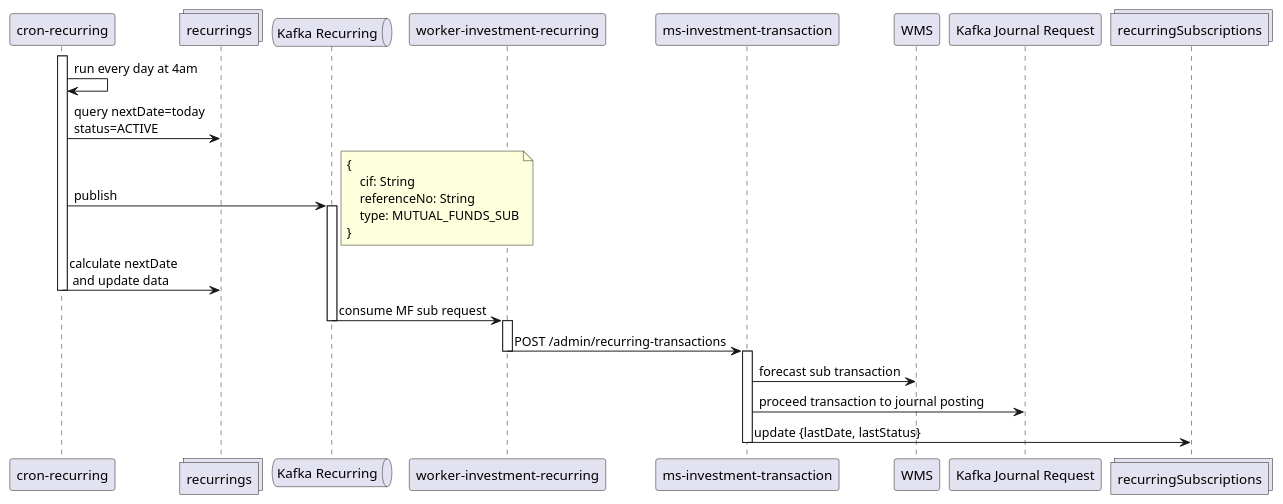
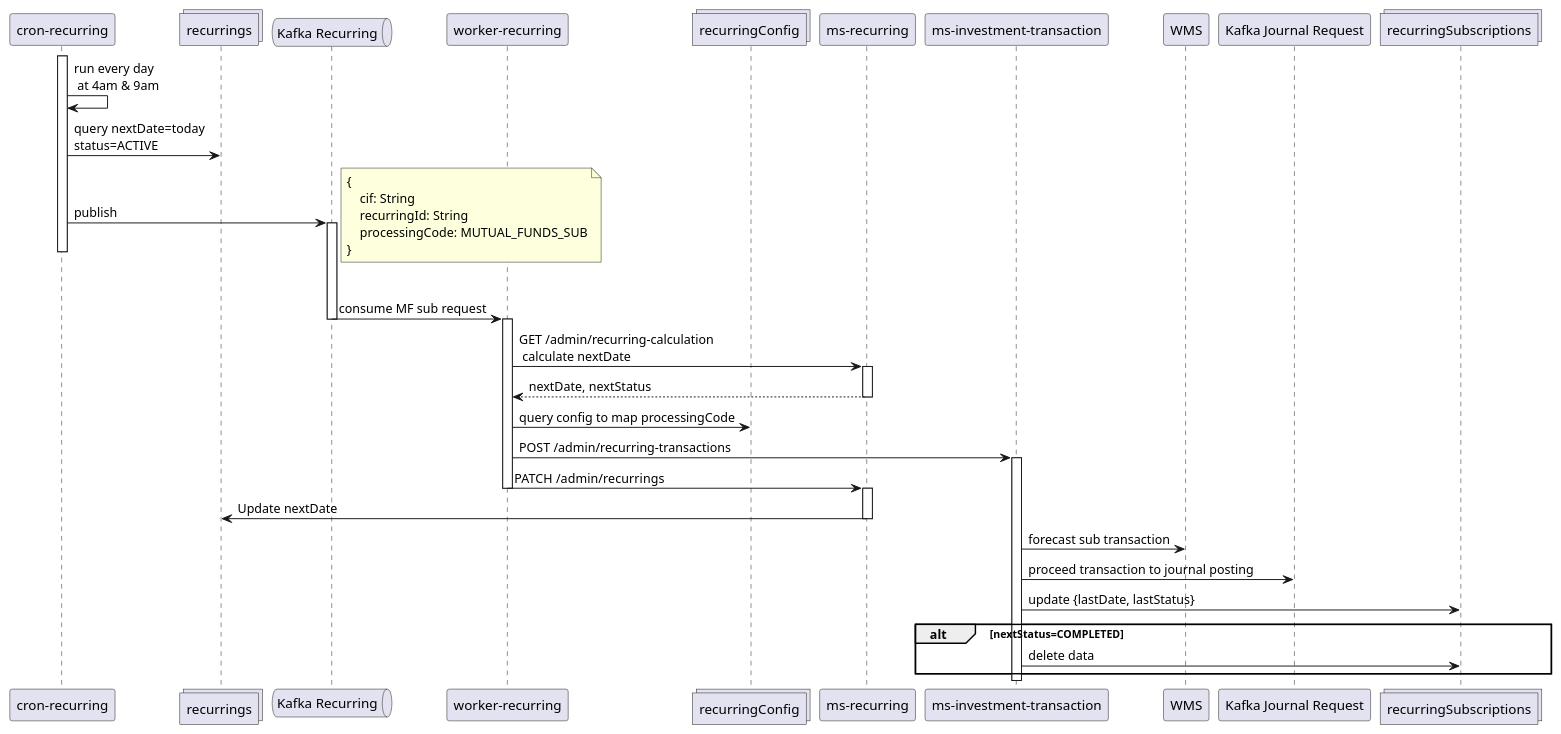
Before and after one commit to iksena/jenius-uml: the diagram in cronRecurring.puml, drawn with PlantUML. The commit also changed 1 other file, not shown here.

```diff
--- a/cronRecurring.puml
+++ b/cronRecurring.puml
@@ -1,37 +1,50 @@
 @startuml mutual funds cron recurring
 
 participant "cron-recurring" as cron
 collections "recurrings" as recs
 queue "Kafka Recurring" as kafkaRec
-participant "worker-investment-recurring" as wiRec
+participant "worker-recurring" as wiRec
+collections "recurringConfig" as configs
+participant "ms-recurring" as mr
 participant "ms-investment-transaction" as mit
 participant "WMS" as wms
 participant "Kafka Journal Request" as kafkaJournal
 collections "recurringSubscriptions" as recSubs
 
 activate cron
-cron -> cron: run every day at 4am
+cron -> cron: run every day\n at 4am & 9am
 cron -> recs: query nextDate=today\nstatus=ACTIVE
 cron -> kafkaRec: publish
 note right
 { 
     cif: String
-    referenceNo: String
-    type: MUTUAL_FUNDS_SUB
+    recurringId: String
+    processingCode: MUTUAL_FUNDS_SUB
 }
 end note
 activate kafkaRec
-cron -> recs: calculate nextDate\n and update data
 deactivate cron
 kafkaRec -> wiRec: consume MF sub request
 deactivate kafkaRec
 activate wiRec
+wiRec -> mr: GET /admin/recurring-calculation\n calculate nextDate
+activate mr
+mr --> wiRec: nextDate, nextStatus
+deactivate mr
+wiRec -> configs: query config to map processingCode
 wiRec -> mit: POST /admin/recurring-transactions
+activate mit
+wiRec -> mr: PATCH /admin/recurrings
 deactivate wiRec
-activate mit
+activate mr
+mr -> recs: Update nextDate
+deactivate mr
 mit -> wms: forecast sub transaction
 mit -> kafkaJournal: proceed transaction to journal posting
 mit -> recSubs: update {lastDate, lastStatus}
+alt nextStatus=COMPLETED
+mit -> recSubs: delete data
+end
 deactivate mit
 
 @enduml
```
